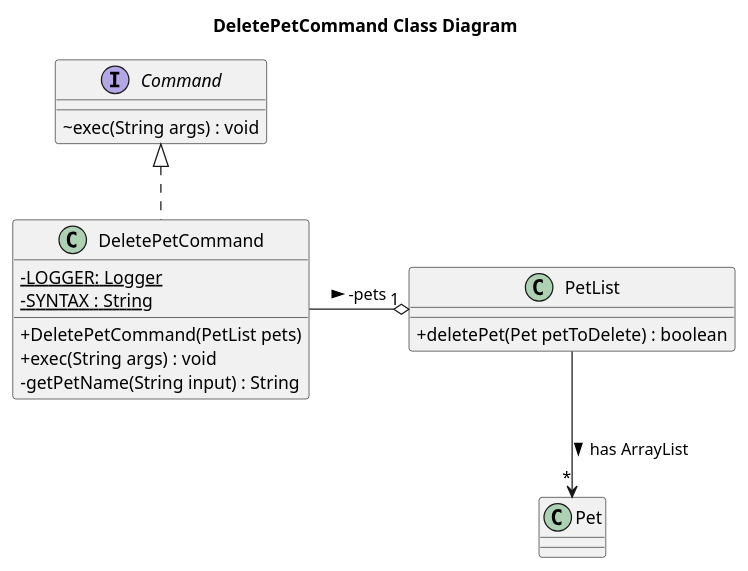
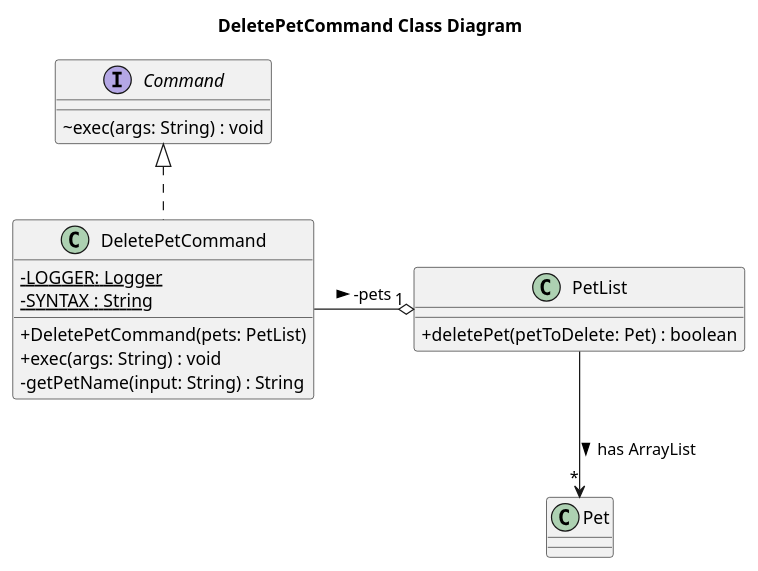
One commit to Kevin88866/tp changed the diagram in docs/uml/DeletePetCommandClassDiagram.puml. Above: the diagram before and after it, drawn with PlantUML. The commit also changed 1 other file, not shown here.

Commit message:
Fix errors in Class Diagram

```diff
--- a/docs/uml/DeletePetCommandClassDiagram.puml
+++ b/docs/uml/DeletePetCommandClassDiagram.puml
@@ -1,35 +1,35 @@
 @startuml
 skinparam classAttributeIconSize 0
 title DeletePetCommand Class Diagram
 
 interface Command {
-    ~ exec(String args) : void
+    ~ exec(args: String) : void
 }
 
 class DeletePetCommand {
     - {static} LOGGER: Logger
     - {static} SYNTAX : String
-    + DeletePetCommand(PetList pets)
-    + exec(String args) : void
-    - getPetName(String input) : String
+    + DeletePetCommand(pets: PetList)
+    + exec(args: String) : void
+    - getPetName(input: String) : String
 }
 
 class PetList {
-    + deletePet(Pet petToDelete) : boolean
+    + deletePet(petToDelete: Pet) : boolean
 }
 
 class Pet {
 
 }
 
 Command <|.. DeletePetCommand
 
 DeletePetCommand --o "1" PetList : -pets >
 
 PetList --> "*" Pet : has ArrayList >
 
 
 DeletePetCommand -right[hidden]- PetList
 
 
 @enduml
```
